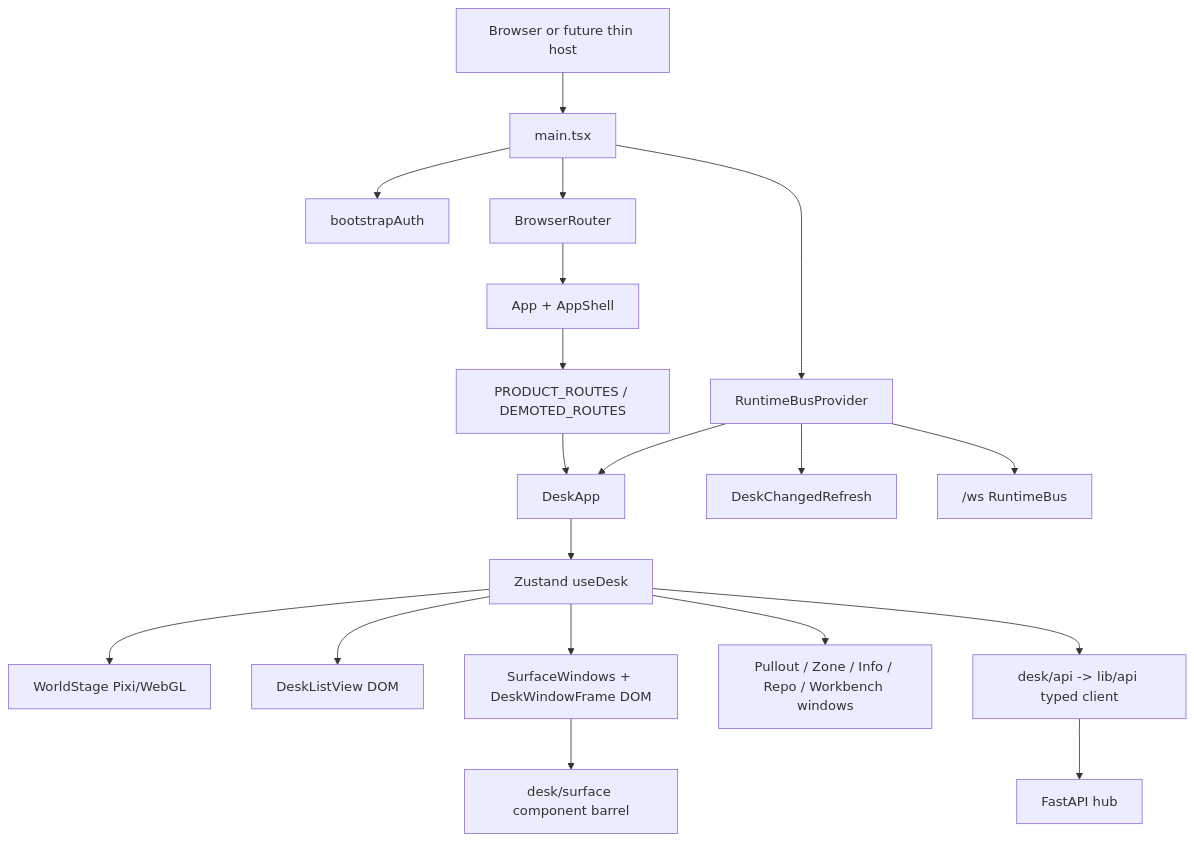
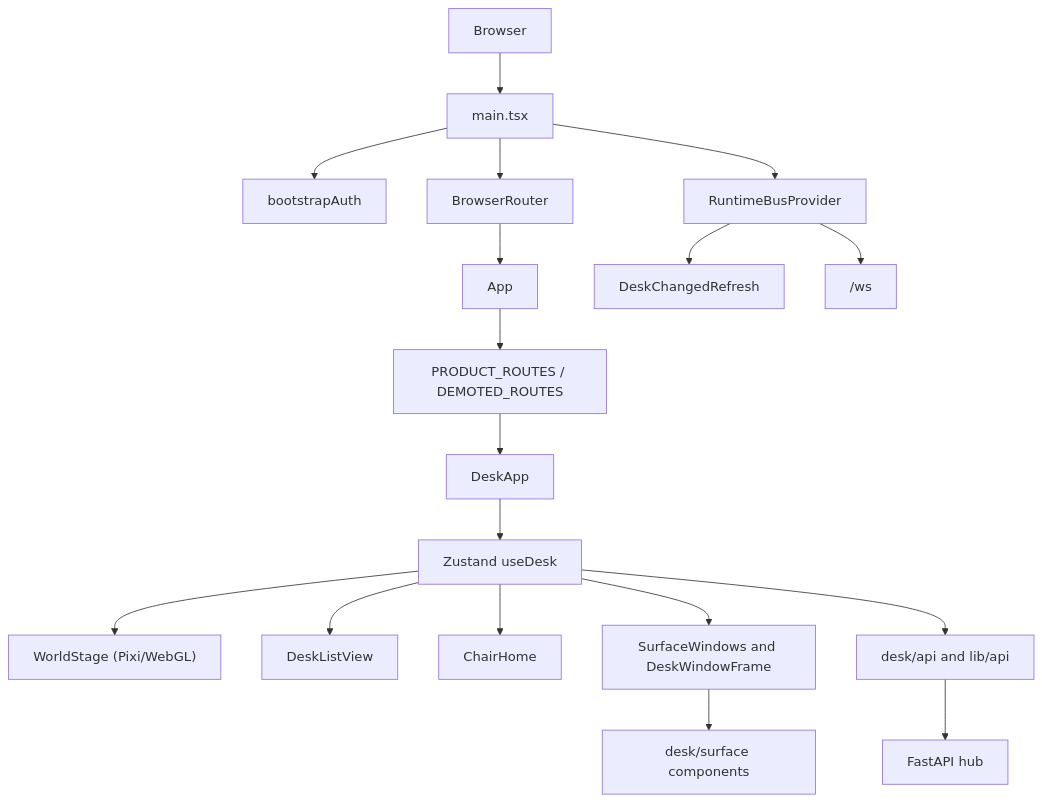
One commit to karolswdev/HoldSpeak changed the diagram in docs/DESK_ARCHITECTURE.md. Above: the diagram before and after it, drawn with Mermaid. The commit also changed other lines of this file and 66 other files, not shown here.

````diff
--- a/docs/DESK_ARCHITECTURE.md
+++ b/docs/DESK_ARCHITECTURE.md
@@ -32,21 +13,20 @@
 ```mermaid
 flowchart TD
-  Browser[Browser or future thin host] --> Main[main.tsx]
+  Browser[Browser] --> Main[main.tsx]
   Main --> Auth[bootstrapAuth]
   Main --> Router[BrowserRouter]
   Main --> Bus[RuntimeBusProvider]
-  Router --> App[App + AppShell]
+  Router --> App[App]
   App --> Routes["PRODUCT_ROUTES / DEMOTED_ROUTES"]
   Routes --> Desk[DeskApp]
   Desk --> Store[Zustand useDesk]
-  Store --> World["WorldStage Pixi/WebGL"]
-  Store --> List[DeskListView DOM]
-  Store --> Windows[SurfaceWindows + DeskWindowFrame DOM]
-  Store --> Objects["Pullout / Zone / Info / Repo / Workbench windows"]
-  Windows --> Surface["desk/surface component barrel"]
-  Store --> HTTP["desk/api -> lib/api typed client"]
-  Bus --> Desk
+  Store --> World["WorldStage (Pixi/WebGL)"]
+  Store --> List[DeskListView]
+  Store --> Chair[ChairHome]
+  Store --> Windows["SurfaceWindows and DeskWindowFrame"]
+  Windows --> Surface["desk/surface components"]
+  Store --> HTTP["desk/api and lib/api"]
   Bus --> Refresh[DeskChangedRefresh]
   HTTP --> Hub[FastAPI hub]
-  Bus --> WS["/ws RuntimeBus"]
+  Bus --> WS["/ws"]
 ```
````
